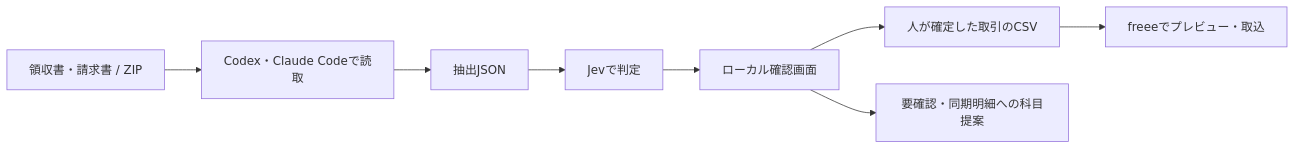
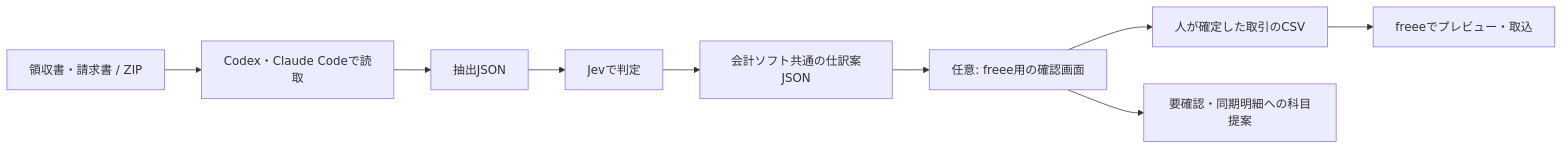
The diagram in README.md (Lehtien/kicho-bot), drawn with Mermaid before and after one commit. The commit also changed other lines of this file and 10 other files, not shown here.

````diff
--- a/README.md
+++ b/README.md
@@ -7,10 +7,11 @@
 ```mermaid
 flowchart LR
     A[領収書・請求書 / ZIP] --> B[Codex・Claude Codeで読取]
     B --> C[抽出JSON]
     C --> D[Jevで判定]
-    D --> E[ローカル確認画面]
+    D --> J[会計ソフト共通の仕訳案JSON]
+    J --> E[任意: freee用の確認画面]
     E --> F[人が確定した取引のCSV]
     F --> G[freeeでプレビュー・取込]
     E --> H[要確認・同期明細への科目提案]
 ```
````
